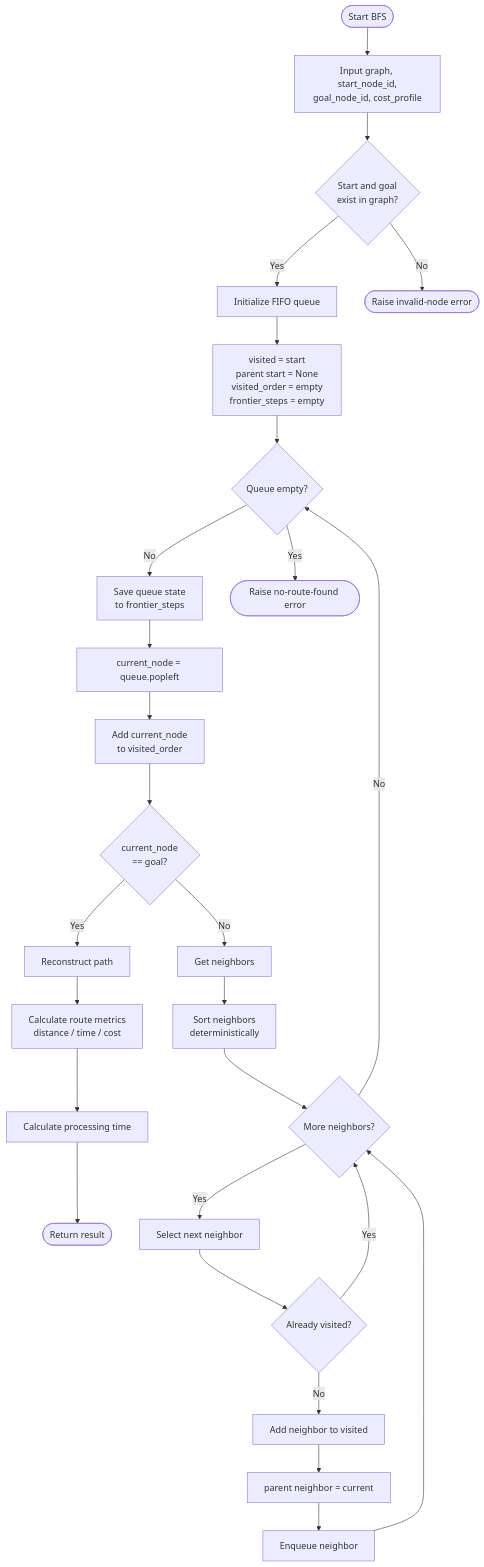
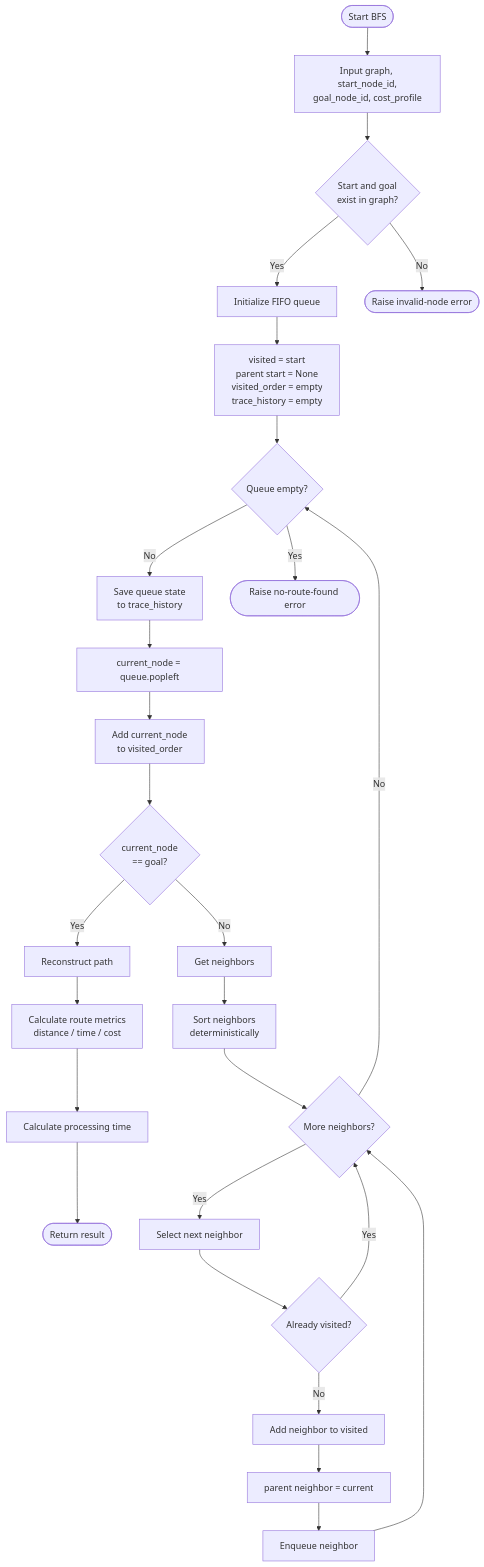
Before and after one commit to HoangCaoPhong/RescueRoute: the diagram in backend/app/algorithms/graph_search/bfs/README.md, drawn with Mermaid. The commit also changed other lines of this file and 9 other files, not shown here.

Commit message:
fix: remove legacy legacy_frontier_steps from UCS/A*/Hill_climbing

````diff
--- a/backend/app/algorithms/graph_search/bfs/README.md
+++ b/backend/app/algorithms/graph_search/bfs/README.md
@@ -338,72 +338,72 @@
 ```mermaid
 flowchart TD
 
     A([Start BFS])
     B[Input graph, start_node_id,<br/>goal_node_id, cost_profile]
     C{Start and goal<br/>exist in graph?}
 
     D[Initialize FIFO queue]
-    E[visited = start<br/>parent start = None<br/>visited_order = empty<br/>frontier_steps = empty]
+    E[visited = start<br/>parent start = None<br/>visited_order = empty<br/>trace_history = empty]
 
     F{Queue empty?}
 
-    G[Save queue state<br/>to frontier_steps]
+    G[Save queue state<br/>to trace_history]
     H[current_node = queue.popleft]
     I[Add current_node<br/>to visited_order]
 
     J{current_node<br/>== goal?}
 
     K[Reconstruct path]
     L[Calculate route metrics<br/>distance / time / cost]
     M[Calculate processing time]
     N([Return result])
 
     O[Get neighbors]
     P[Sort neighbors<br/>deterministically]
     Q{More neighbors?}
     R[Select next neighbor]
     S{Already visited?}
     T[Add neighbor to visited]
     U[parent neighbor = current]
     V[Enqueue neighbor]
 
     W([Raise no-route-found error])
     X([Raise invalid-node error])
 
     A --> B
     B --> C
 
     C -- No --> X
     C -- Yes --> D
 
     D --> E
     E --> F
 
     F -- Yes --> W
     F -- No --> G
 
     G --> H
     H --> I
     I --> J
 
     J -- Yes --> K
     K --> L
     L --> M
     M --> N
 
     J -- No --> O
     O --> P
     P --> Q
 
     Q -- No --> F
     Q -- Yes --> R
 
     R --> S
 
     S -- Yes --> Q
     S -- No --> T
 
     T --> U
     U --> V
     V --> Q
 ```
````
